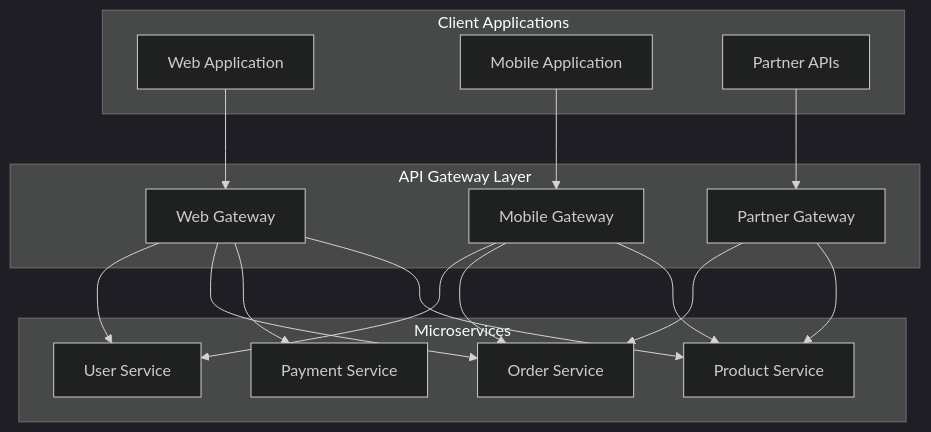
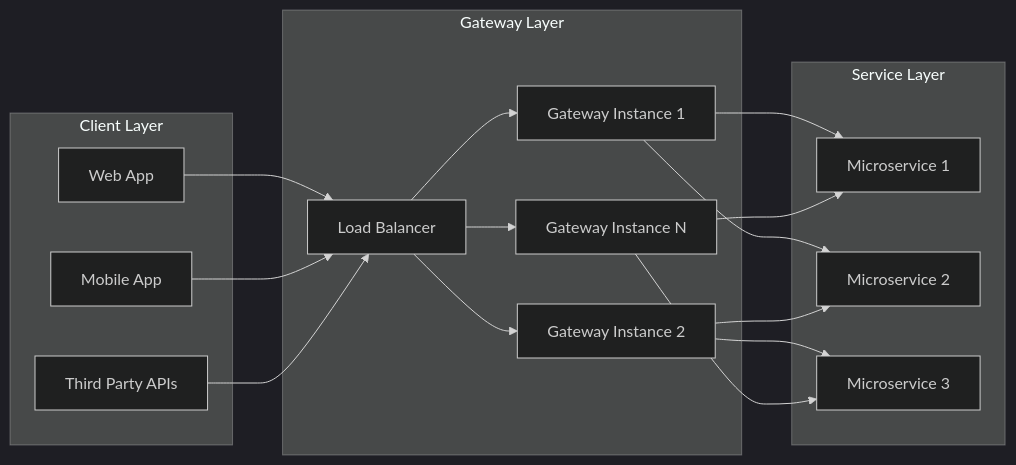
Before and after one commit to Ritahchanger/system_design: the second of 7 diagrams in api-gateways/README.md, drawn with Mermaid (dark theme). The commit also changed other lines of this file and 8 other files, not shown here.

Commit message:
Add comprehensive API Gateway documentation: architecture, routing, caching, scaling, security, monitoring, patterns, and pros/cons

````diff
--- a/api-gateways/README.md
+++ b/api-gateways/README.md
@@ -120,37 +43,36 @@
 ```mermaid
-graph TB
-    subgraph "Client Applications"
-        Web[Web Application]
-        Mobile[Mobile Application]
-        Partner[Partner APIs]
+graph LR
+    subgraph "Client Layer"
+        Web[Web App]
+        Mobile[Mobile App]
+        API[Third Party APIs]
     end
     
-    subgraph "API Gateway Layer"
-        WebGW[Web Gateway]
-        MobileGW[Mobile Gateway]
-        PartnerGW[Partner Gateway]
+    subgraph "Gateway Layer"
+        LB[Load Balancer]
+        GW1[Gateway Instance 1]
+        GW2[Gateway Instance 2]
+        GWN[Gateway Instance N]
     end
     
-    subgraph "Microservices"
-        UserSvc[User Service]
-        OrderSvc[Order Service]
-        PaymentSvc[Payment Service]
-        ProductSvc[Product Service]
+    subgraph "Service Layer"
+        MS1[Microservice 1]
+        MS2[Microservice 2]
+        MS3[Microservice 3]
     end
     
-    Web --> WebGW
-    Mobile --> MobileGW
-    Partner --> PartnerGW
+    Web --> LB
+    Mobile --> LB
+    API --> LB
     
-    WebGW --> UserSvc
-    WebGW --> OrderSvc
-    WebGW --> PaymentSvc
-    WebGW --> ProductSvc
+    LB --> GW1
+    LB --> GW2
+    LB --> GWN
     
-    MobileGW --> UserSvc
-    MobileGW --> OrderSvc
-    MobileGW --> ProductSvc
-    
-    PartnerGW --> OrderSvc
-    PartnerGW --> ProductSvc
+    GW1 --> MS1
+    GW1 --> MS2
+    GW2 --> MS2
+    GW2 --> MS3
+    GWN --> MS1
+    GWN --> MS3
 ```
````
